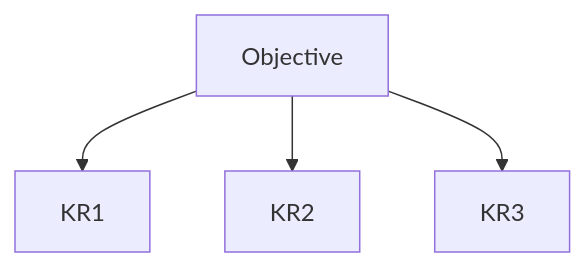
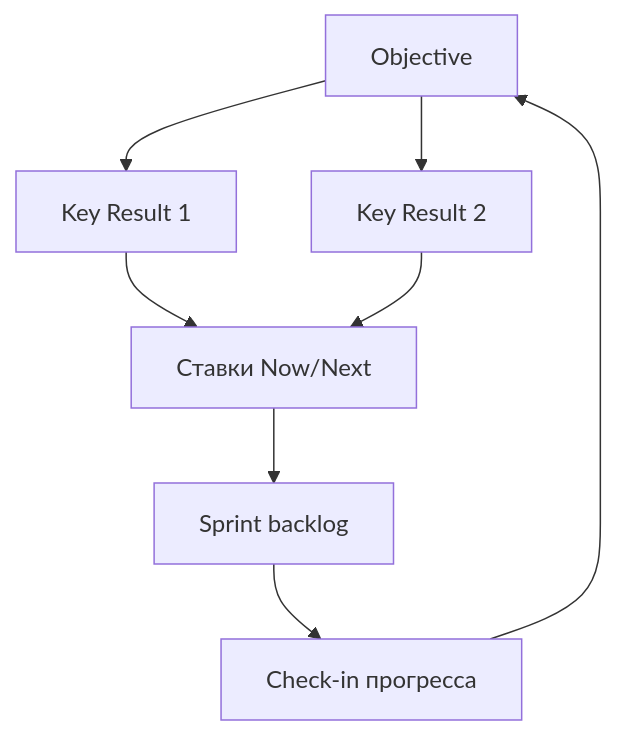
The diagram in nine-to-eighteen/ui/src/data/learn/product/pm07-okr.md (AlexanderNY/cursor_test), drawn with Mermaid before and after one commit. The commit also changed other lines of this file and 3060 other files, not shown here.

````diff
--- a/nine-to-eighteen/ui/src/data/learn/product/pm07-okr.md
+++ b/nine-to-eighteen/ui/src/data/learn/product/pm07-okr.md
@@ -58,6 +97,10 @@
 ```mermaid
 flowchart TB
-  O[Objective] --> KR1
-  O --> KR2
-  O --> KR3
+  O[Objective] --> KR1[Key Result 1]
+  O --> KR2[Key Result 2]
+  KR1 --> Bets[Ставки Now/Next]
+  KR2 --> Bets
+  Bets --> Sprint[Sprint backlog]
+  Sprint --> Checkin[Check-in прогресса]
+  Checkin --> O
 ```
````
